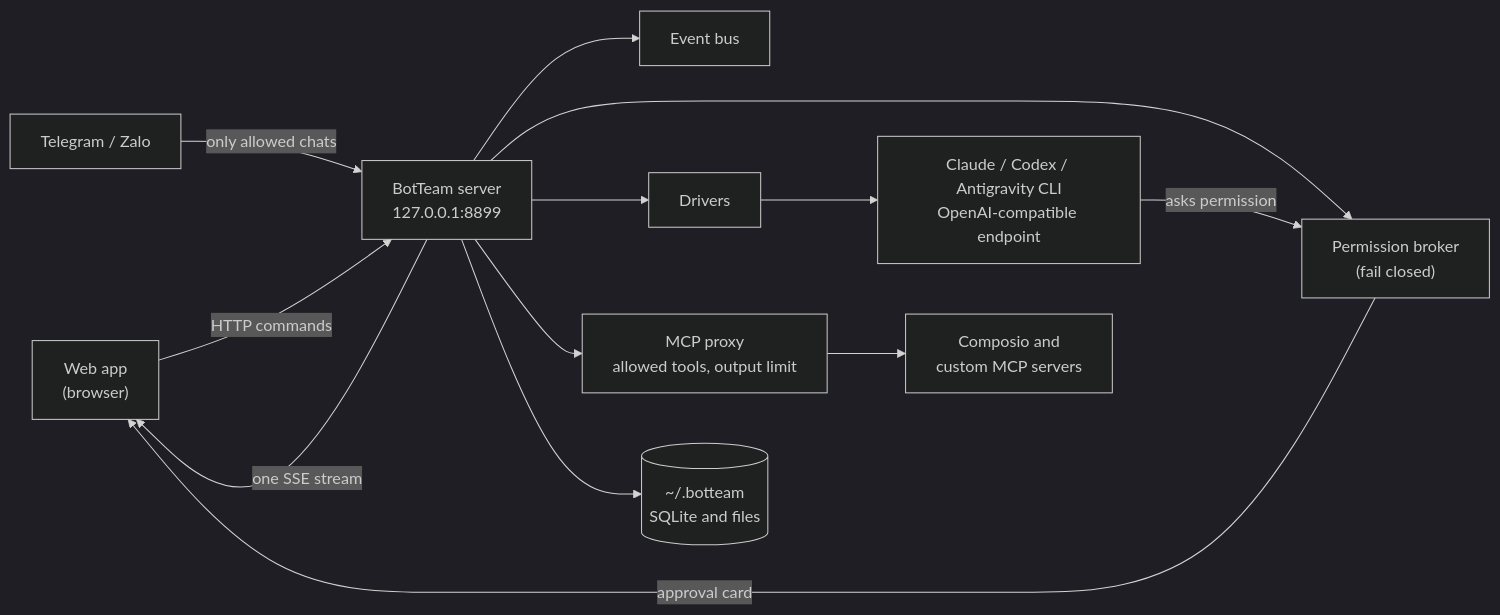
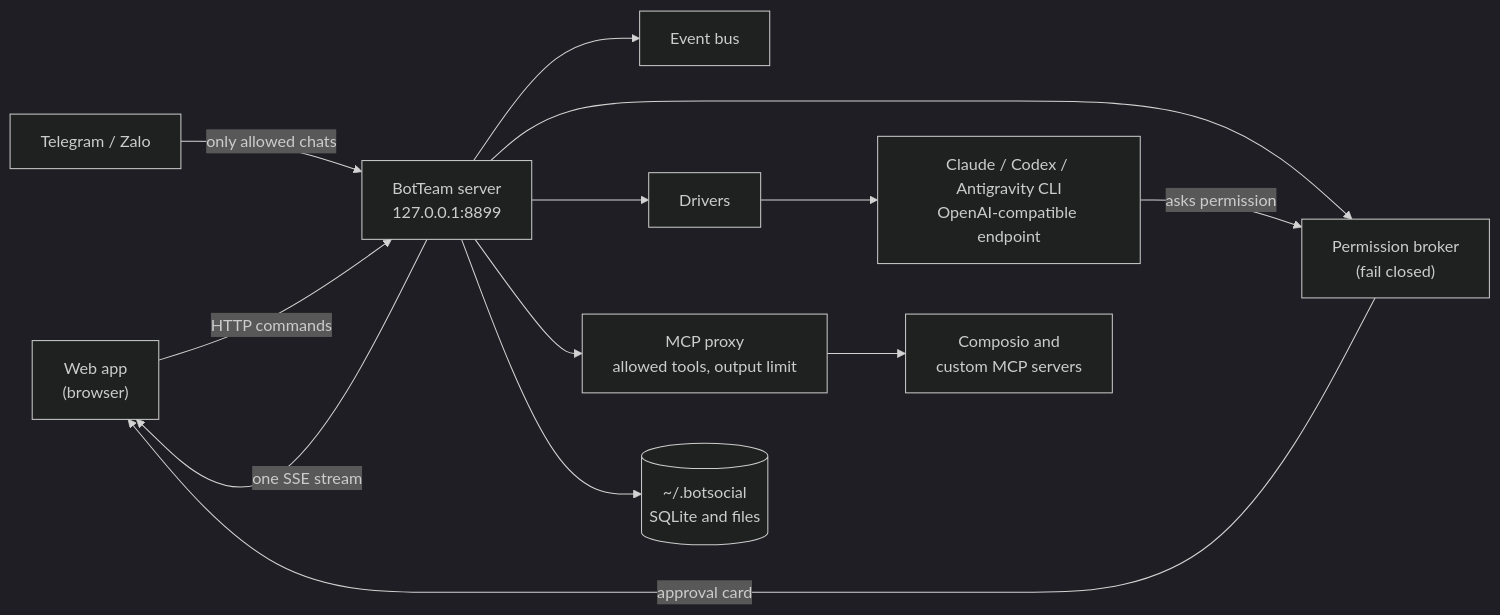
Before and after one commit to jokerhung/aiSocialTeam: the diagram in README.md, drawn with Mermaid (dark theme). The commit also changed other lines of this file and 58 other files, not shown here.

````diff
--- a/README.md
+++ b/README.md
@@ -63,15 +63,15 @@
 ```mermaid
 flowchart LR
     Browser["Web app<br/>(browser)"] -- "HTTP commands" --> API["BotTeam server<br/>127.0.0.1:8899"]
     API -- "one SSE stream" --> Browser
     API --> Bus["Event bus"]
     API --> Broker["Permission broker<br/>(fail closed)"]
     API --> Drivers["Drivers"]
     Drivers --> CLI["Claude / Codex / Antigravity CLI<br/>OpenAI-compatible endpoint"]
     CLI -- "asks permission" --> Broker
     Broker -- "approval card" --> Browser
     API --> Proxy["MCP proxy<br/>allowed tools, output limit"]
     Proxy --> Apps["Composio and<br/>custom MCP servers"]
-    API --> Data[("~/.botteam<br/>SQLite and files")]
+    API --> Data[("~/.botsocial<br/>SQLite and files")]
     Channels["Telegram / Zalo"] -- "only allowed chats" --> API
 ```
````
